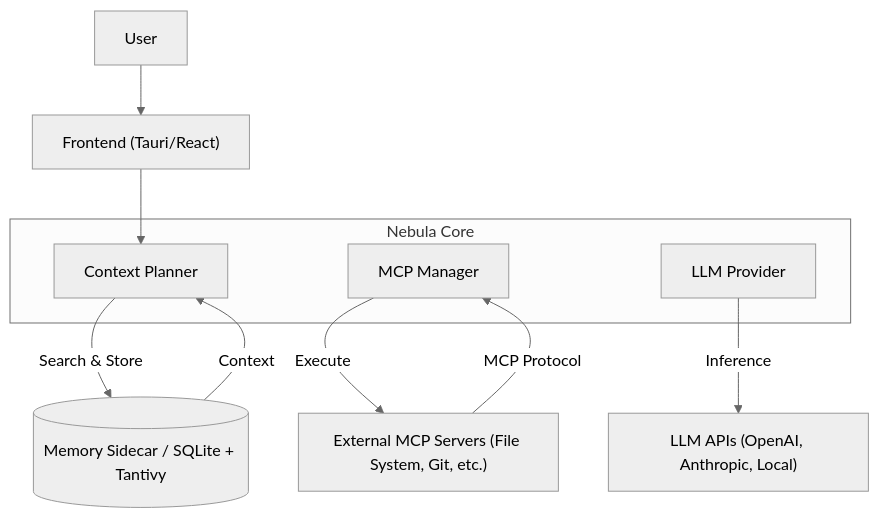
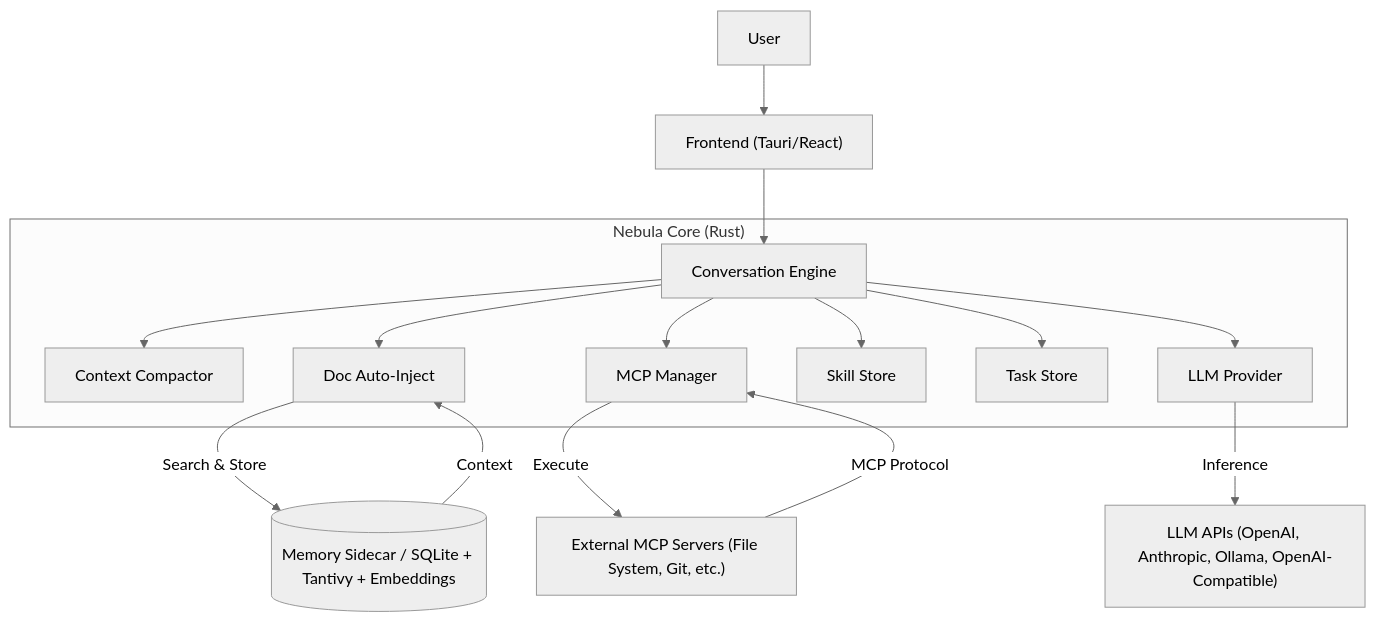
Before and after one commit to jstevewhite/nebula_chat: the diagram in README.md, drawn with Mermaid (neutral theme). The commit also changed other lines of this file, not shown here.

First line of the commit message:
docs: rewrite README for v0.6.0 (memory3, skills, tasks, streamable-http)

````diff
--- a/README.md
+++ b/README.md
@@ -65,20 +111,29 @@
 ```mermaid
-
 flowchart TD
     User[User] --> UI["Frontend (Tauri/React)"]
 
-    subgraph CoreSystem["Nebula Core"]
-        Planner["Context Planner"]
+    subgraph CoreSystem["Nebula Core (Rust)"]
+        ConvEng["Conversation Engine"]
+        Compactor["Context Compactor"]
+        DocStore["Doc Auto-Inject"]
         Manager["MCP Manager"]
+        Skills["Skill Store"]
+        Tasks["Task Store"]
         Provider["LLM Provider"]
     end
 
-    UI --> Planner
+    UI --> ConvEng
+    ConvEng --> Compactor
+    ConvEng --> DocStore
+    ConvEng --> Manager
+    ConvEng --> Skills
+    ConvEng --> Tasks
+    ConvEng --> Provider
 
-    Planner -->|"Search & Store"| Memory[("Memory Sidecar / SQLite + Tantivy")]
+    DocStore -->|"Search & Store"| Memory[("Memory Sidecar / SQLite + Tantivy + Embeddings")]
     Manager -->|"Execute"| Tools["External MCP Servers (File System, Git, etc.)"]
-    Provider -->|"Inference"| API["LLM APIs (OpenAI, Anthropic, Local)"]
+    Provider -->|"Inference"| API["LLM APIs (OpenAI, Anthropic, Ollama, OpenAI-Compatible)"]
 
     Tools -- "MCP Protocol" --> Manager
-    Memory -- "Context" --> Planner
+    Memory -- "Context" --> DocStore
 ```
````
